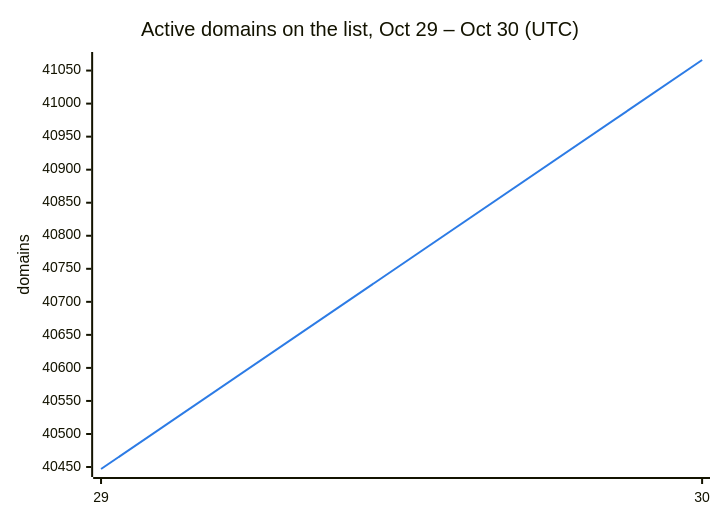
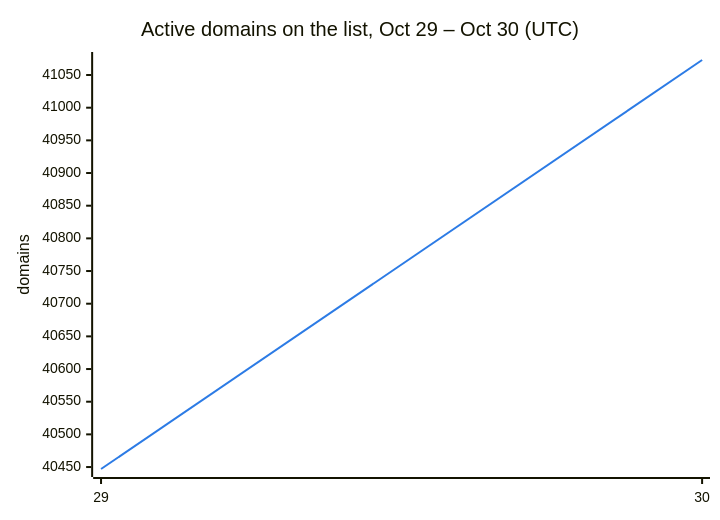
One commit to DNSBunker/CTI changed the second of 3 diagrams in README.md. Above: the diagram before and after it, drawn with Mermaid. The commit also changed other lines of this file and 3 other files, not shown here.

````diff
--- a/README.md
+++ b/README.md
@@ -38,8 +38,8 @@
 ```mermaid
 %%{init: {"themeVariables": {"xyChart": {"plotColorPalette": "#2c7be5"}}}}%%
 xychart-beta
     title "Active domains on the list, Oct 29 – Oct 30 (UTC)"
     x-axis ["29", "30"]
     y-axis "domains"
-    line [40447, 41066]
+    line [40447, 41073]
 ```
````
